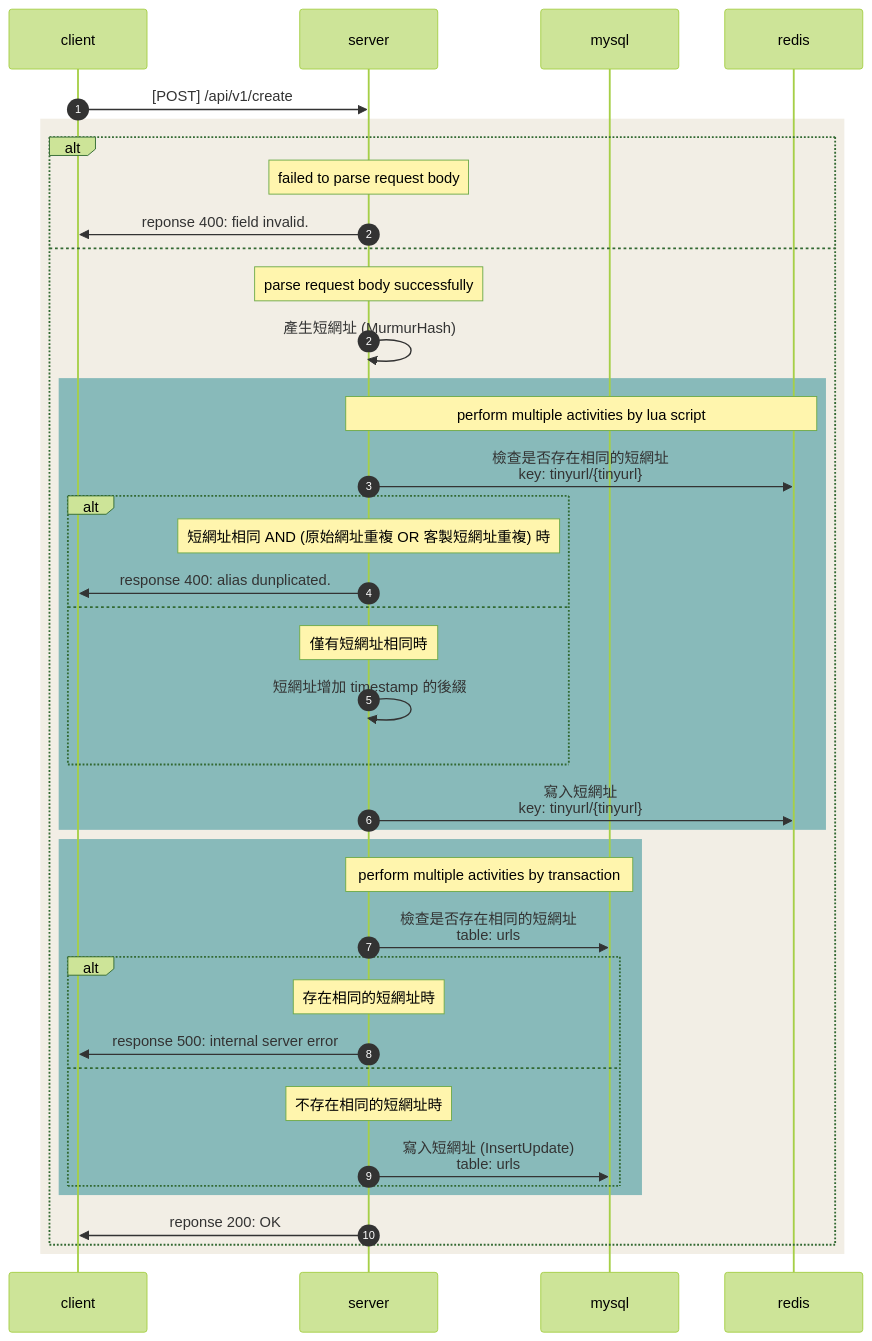
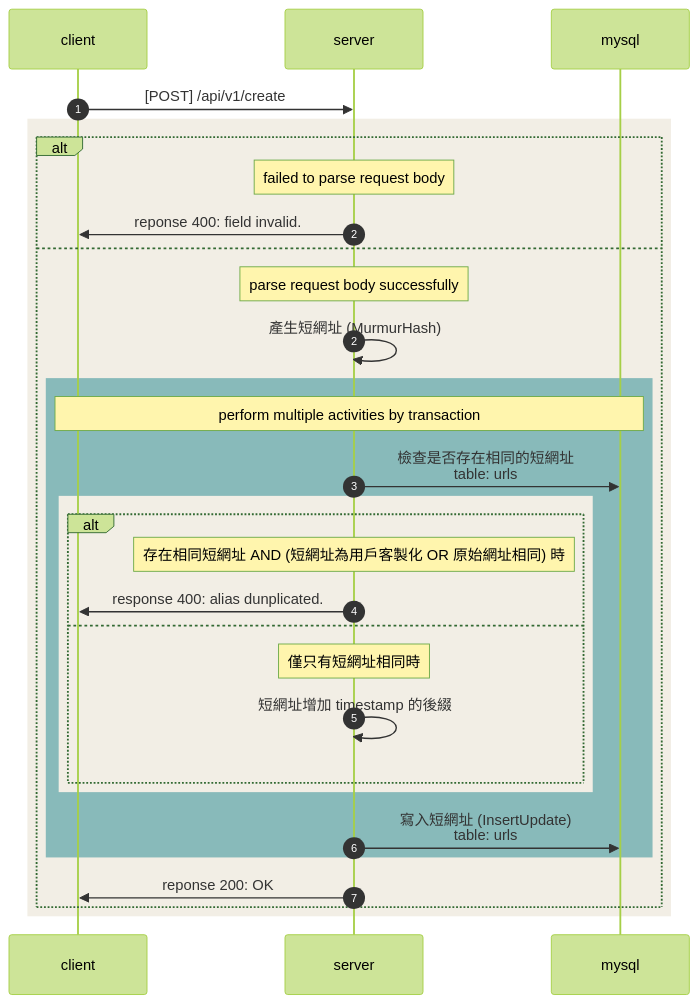
The diagram in doc/api/v1/create.md (JianLiu666/TinyURL), drawn with Mermaid (forest theme) before and after one commit.

````diff
--- a/doc/api/v1/create.md
+++ b/doc/api/v1/create.md
@@ -31,47 +31,36 @@
 ```mermaid
 sequenceDiagram
     participant client
     participant server
     participant mysql
-    participant redis
     
     autonumber 1
     client ->> server: [POST] /api/v1/create
     
     rect rgb(242, 238, 229)
         alt
             Note over server: failed to parse request body
             server ->> client: reponse 400: field invalid.
         else
             autonumber 2
             Note over server : parse request body successfully
             server ->> server : 產生短網址 (MurmurHash)
             
             rect rgb(136,186,186)
-                Note over server, redis: perform multiple activities by lua script
-                server ->> redis : 檢查是否存在相同的短網址<br>key: tinyurl/{tinyurl}
-                alt
-                    Note over server: 短網址相同 AND (原始網址重複 OR 客製短網址重複) 時
+                Note over client, mysql: perform multiple activities by transaction 
+                server ->> mysql : 檢查是否存在相同的短網址<br>table: urls
+                rect rgb(242, 238, 229)
+                    alt
+                        Note over server: 存在相同短網址 AND (短網址為用戶客製化 OR 原始網址相同) 時
                     server ->> client : response 400: alias dunplicated.
-                else
-                    Note over server: 僅有短網址相同時
-                    server ->> server : 短網址增加 timestamp 的後綴
+                    else
+                        Note over server: 僅只有短網址相同時
+                        server ->> server : 短網址增加 timestamp 的後綴
+                    end
                 end
-                server ->> redis : 寫入短網址<br>key: tinyurl/{tinyurl}
-            end
-            
-            rect rgb(136,186,186)
-                Note over server, mysql: perform multiple activities by transaction 
-                server ->> mysql : 檢查是否存在相同的短網址<br>table: urls
-                alt
-                    Note over server: 存在相同的短網址時
-                    server ->> client : response 500: internal server error 
-                else
-                    Note over server: 不存在相同的短網址時
-                    server ->> mysql : 寫入短網址 (InsertUpdate)<br>table: urls
-                end
+                server ->> mysql : 寫入短網址 (InsertUpdate)<br>table: urls
             end
             server ->> client: reponse 200: OK
         end
     end
 ```
````
